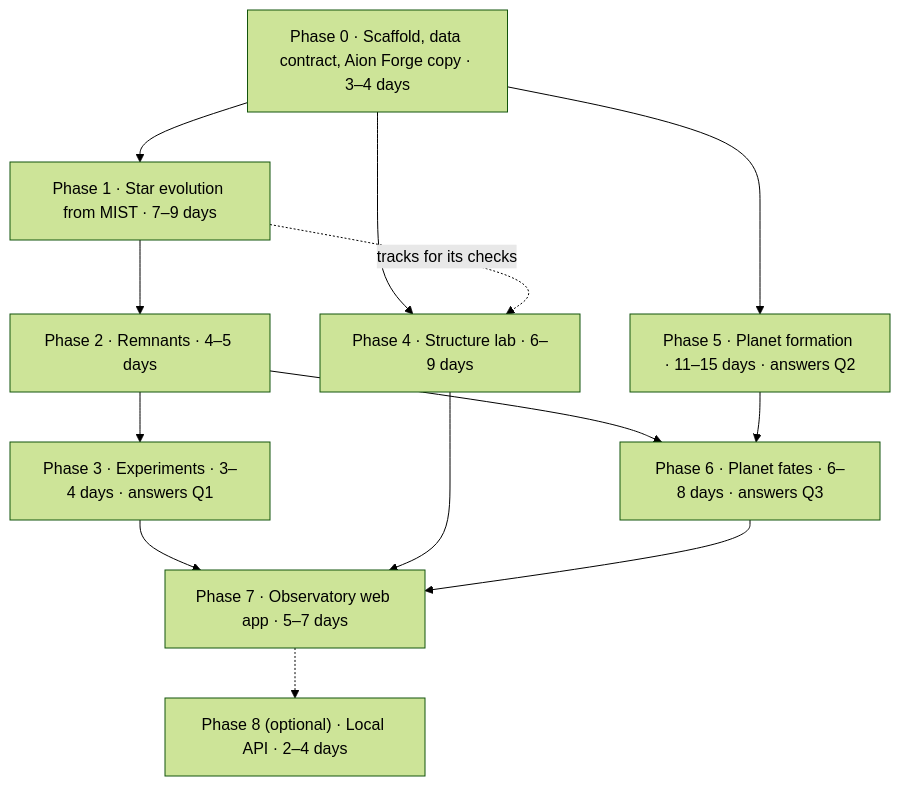
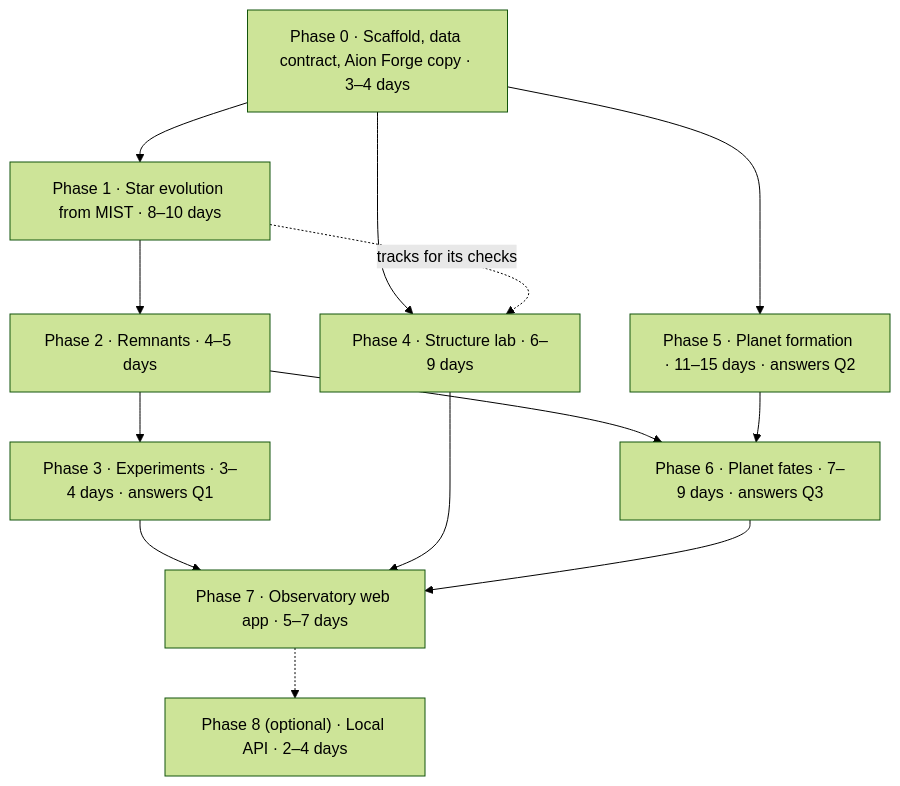
One commit to IronMax-Hub/Stellar-Forge changed the first of 2 diagrams in documentation/Stellar-Forge Build Plan.md. Above: the diagram before and after it, drawn with Mermaid (forest theme). The commit also changed other lines of this file and 2 other files, not shown here.

````diff
--- a/documentation/Stellar-Forge Build Plan.md
+++ b/documentation/Stellar-Forge Build Plan.md
@@ -27,22 +40,22 @@
 ```mermaid
 flowchart TD
     P0["Phase 0 · Scaffold, data contract, Aion Forge copy · 3–4 days"]
-    P1["Phase 1 · Star evolution from MIST · 7–9 days"]
+    P1["Phase 1 · Star evolution from MIST · 8–10 days"]
     P2["Phase 2 · Remnants · 4–5 days"]
     P3["Phase 3 · Experiments · 3–4 days · answers Q1"]
     P4["Phase 4 · Structure lab · 6–9 days"]
     P5["Phase 5 · Planet formation · 11–15 days · answers Q2"]
-    P6["Phase 6 · Planet fates · 6–8 days · answers Q3"]
+    P6["Phase 6 · Planet fates · 7–9 days · answers Q3"]
     P7["Phase 7 · Observatory web app · 5–7 days"]
     P8["Phase 8 (optional) · Local API · 2–4 days"]
     P0 --> P1 --> P2 --> P3
     P0 --> P5
     P0 --> P4
     P1 -.->|tracks for its checks| P4
     P2 --> P6
     P5 --> P6
     P3 --> P7
     P4 --> P7
     P6 --> P7
     P7 -.-> P8
 ```
````
